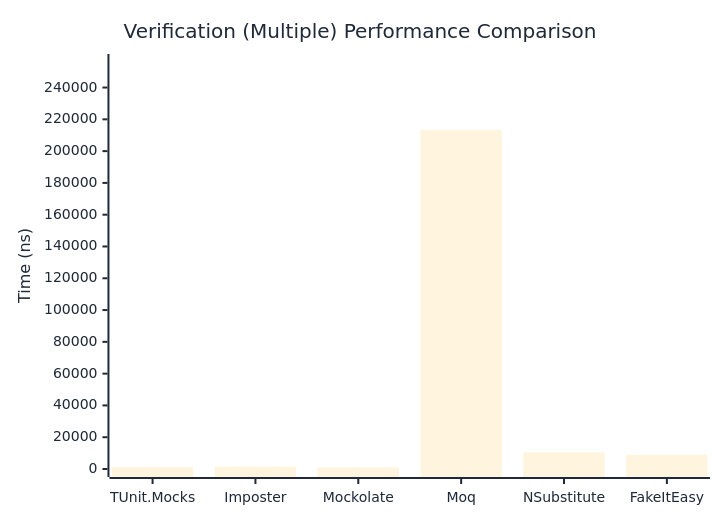
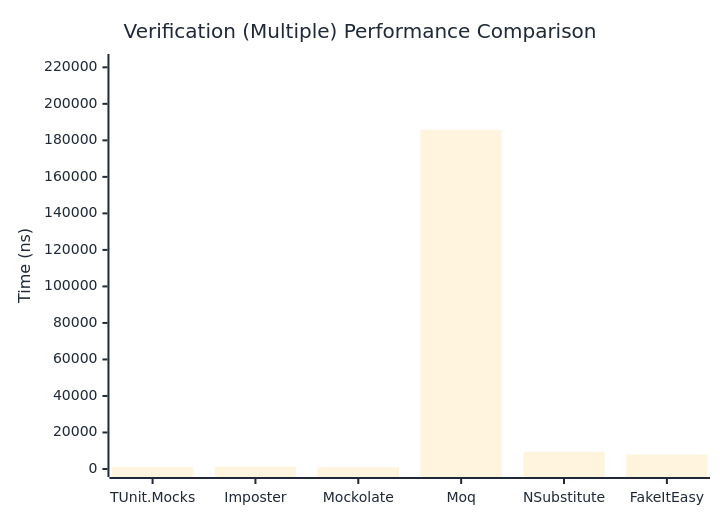
Before and after one commit to thomhurst/TUnit: the third of 3 diagrams in docs/docs/benchmarks/mocks/Verification.md, drawn with Mermaid. The commit also changed other lines of this file and 14 other files, not shown here.

````diff
--- a/docs/docs/benchmarks/mocks/Verification.md
+++ b/docs/docs/benchmarks/mocks/Verification.md
@@ -112,27 +112,27 @@
 ```mermaid
 %%{init: {
   'theme':'base',
   'themeVariables': {
     'primaryColor': '#2563eb',
     'primaryTextColor': '#1f2937',
     'primaryBorderColor': '#1e40af',
     'lineColor': '#6b7280',
     'secondaryColor': '#7c3aed',
     'tertiaryColor': '#dc2626',
     'background': '#ffffff',
     'pie1': '#2563eb',
     'pie2': '#7c3aed',
     'pie3': '#dc2626',
     'pie4': '#f59e0b',
     'pie5': '#10b981',
     'pie6': '#06b6d4',
     'pie7': '#ec4899',
     'pie8': '#6366f1'
   }
 }}%%
 xychart-beta
   title "Verification (Multiple) Performance Comparison"
   x-axis ["TUnit.Mocks", "Imposter", "Mockolate", "Moq", "NSubstitute", "FakeItEasy"]
-  y-axis "Time (ns)" 0 --> 256073
-  bar [1150.98, 1437.64, 926.6, 213394.08, 10480.34, 8887.83]
+  y-axis "Time (ns)" 0 --> 222916
+  bar [1063.01, 1374.61, 886.51, 185762.85, 9474.16, 7937.4]
 ```
````
